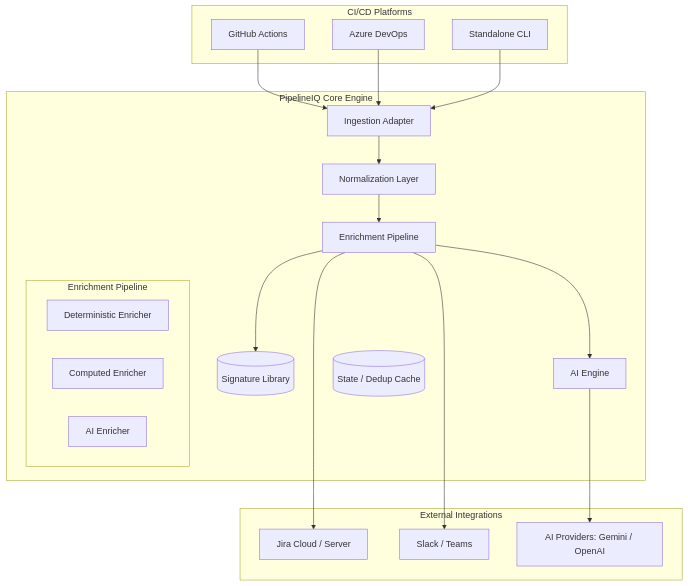
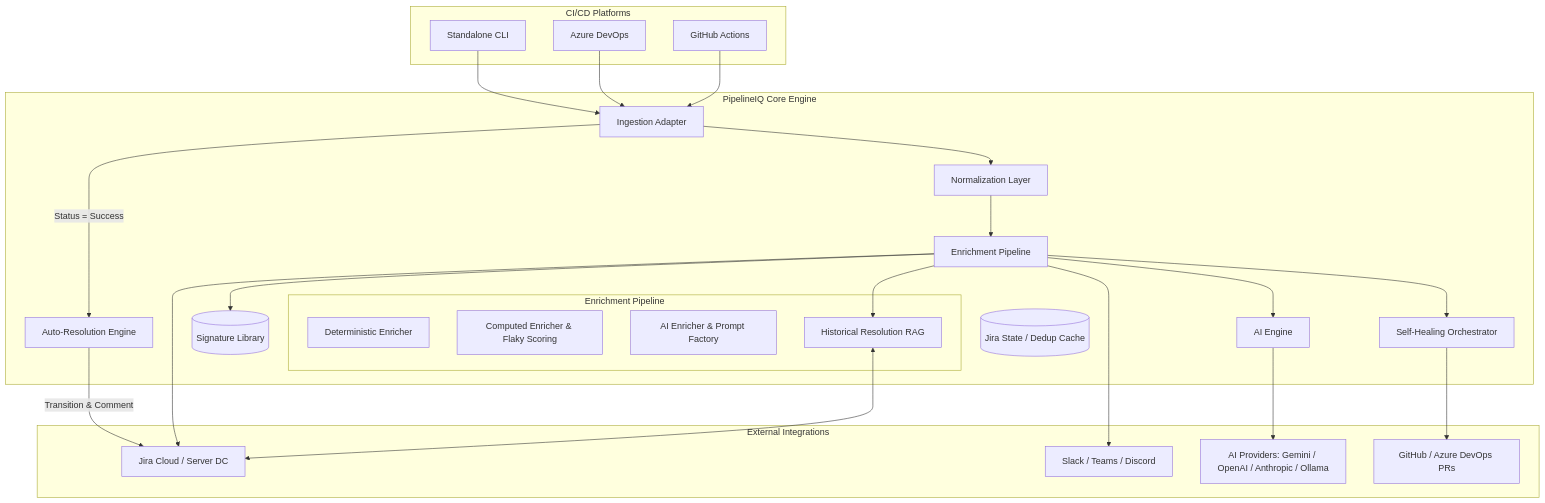
Before and after one commit to meetpatel1111/PipelineIQ: the first of 2 diagrams in ARCHITECTURE.md, drawn with Mermaid. The commit also changed other lines of this file and 32 other files, not shown here.

````diff
--- a/ARCHITECTURE.md
+++ b/ARCHITECTURE.md
@@ -50,43 +52,53 @@
 ```mermaid
 graph TD
     subgraph "CI/CD Platforms"
         GHA[GitHub Actions]
         ADO[Azure DevOps]
         CLI[Standalone CLI]
     end
 
     subgraph "PipelineIQ Core Engine"
         In[Ingestion Adapter]
         Norm[Normalization Layer]
         EP[Enrichment Pipeline]
+        Res[Auto-Resolution Engine]
         
         subgraph "Enrichment Pipeline"
             Det[Deterministic Enricher]
-            Comp[Computed Enricher]
-            AI[AI Enricher]
+            Comp[Computed Enricher & Flaky Scoring]
+            AI[AI Enricher & Prompt Factory]
+            RAG[Historical Resolution RAG]
         end
         
         SL[(Signature Library)]
         AE[AI Engine]
-        DB[(State / Dedup Cache)]
+        SH[Self-Healing Orchestrator]
+        DB[(Jira State / Dedup Cache)]
     end
 
     subgraph "External Integrations"
-        Jira[Jira Cloud / Server]
-        Notify[Slack / Teams]
-        LLM[AI Providers: Gemini / OpenAI]
+        Jira[Jira Cloud / Server DC]
+        Notify[Slack / Teams / Discord]
+        LLM[AI Providers: Gemini / OpenAI / Anthropic / Ollama]
+        GitPR[GitHub / Azure DevOps PRs]
     end
 
     GHA --> In
     ADO --> In
     CLI --> In
     In --> Norm
     Norm --> EP
+    In -->|Status = Success| Res
     
     EP --> SL
     EP --> AE
     AE --> LLM
+    EP --> RAG
+    RAG <--> Jira
     
     EP --> Jira
     EP --> Notify
+    EP --> SH
+    SH --> GitPR
+    Res -->|Transition & Comment| Jira
 ```
````
